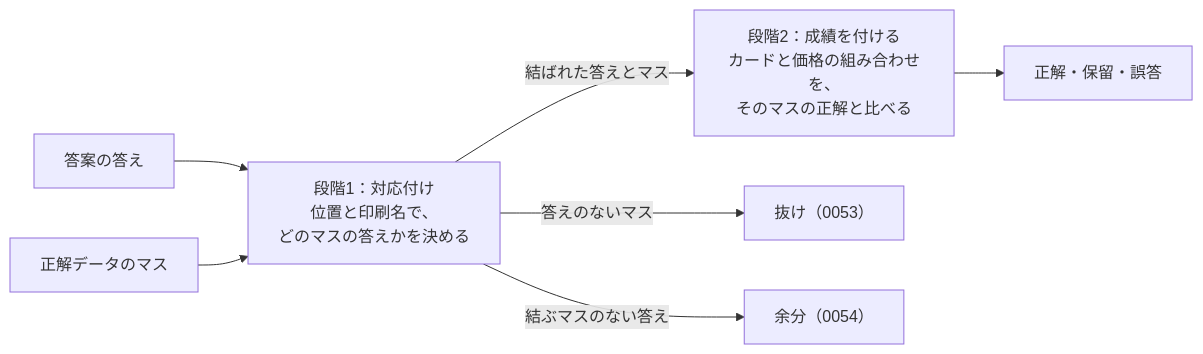
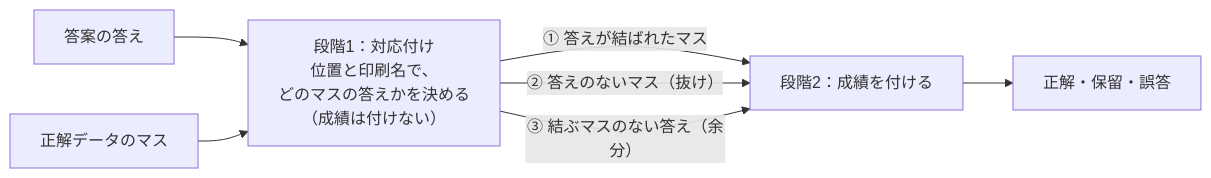
Before and after one commit to mgmaru/tcg-buylist-eval: the diagram in docs/adr/0052-matching-procedure.md, drawn with Mermaid. The commit also changed other lines of this file and 3 other files, not shown here.

````diff
--- a/docs/adr/0052-matching-procedure.md
+++ b/docs/adr/0052-matching-procedure.md
@@ -14,9 +15,9 @@
 ```mermaid
 flowchart LR
-    O["答案の答え"] --> M["段階1：対応付け<br/>位置と印刷名で、<br/>どのマスの答えかを決める"]
+    O["答案の答え"] --> M["段階1：対応付け<br/>位置と印刷名で、<br/>どのマスの答えかを決める<br/>（成績は付けない）"]
     G["正解データのマス"] --> M
-    M -- "結ばれた答えとマス" --> S["段階2：成績を付ける<br/>カードと価格の組み合わせを、<br/>そのマスの正解と比べる"]
+    M -- "① 答えが結ばれたマス" --> S["段階2：成績を付ける"]
+    M -- "② 答えのないマス（抜け）" --> S
+    M -- "③ 結ぶマスのない答え（余分）" --> S
     S --> R["正解・保留・誤答"]
-    M -- "答えのないマス" --> N["抜け（0053）"]
-    M -- "結ぶマスのない答え" --> X["余分（0054）"]
 ```
````
